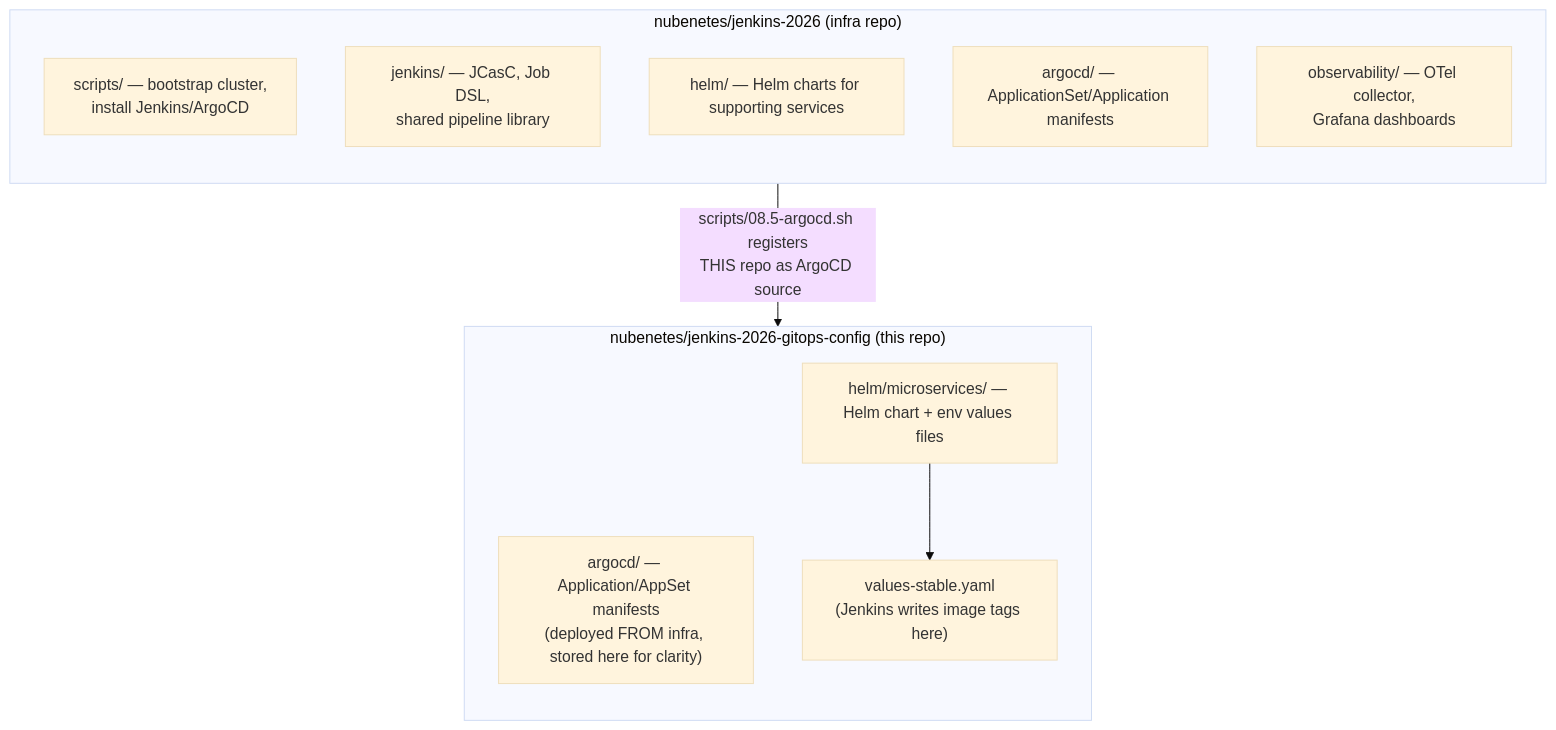
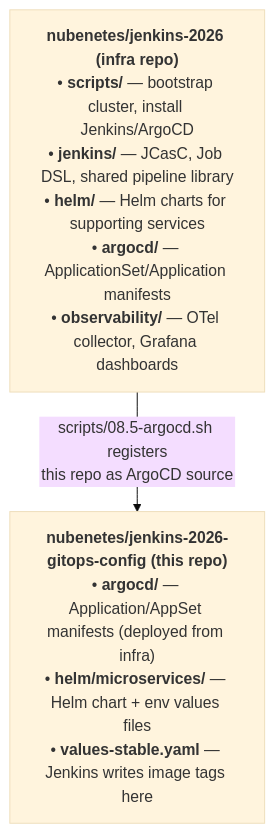
Before and after one commit to nubenetes/jenkins-2026-gitops-config: the first of 2 diagrams in README.md, drawn with Mermaid (base theme).

Commit message:
docs: simplify flowchart using HTML lists to avoid subgraph cutoff

````diff
--- a/README.md
+++ b/README.md
@@ -11,21 +11,8 @@
 ```mermaid
 flowchart TD
-    subgraph infra["nubenetes/jenkins-2026 (infra repo)"]
-        direction TB
-        i1["scripts/ — bootstrap cluster,<br/>install Jenkins/ArgoCD"]
-        i2["jenkins/ — JCasC, Job DSL,<br/>shared pipeline library"]
-        i3["helm/ — Helm charts for supporting services"]
-        i4["argocd/ — ApplicationSet/Application manifests"]
-        i5["observability/ — OTel collector,<br/>Grafana dashboards"]
-    end
+    infra["<b>nubenetes/jenkins-2026 (infra repo)</b><br/>• <b>scripts/</b> — bootstrap cluster, install Jenkins/ArgoCD<br/>• <b>jenkins/</b> — JCasC, Job DSL, shared pipeline library<br/>• <b>helm/</b> — Helm charts for supporting services<br/>• <b>argocd/</b> — ApplicationSet/Application manifests<br/>• <b>observability/</b> — OTel collector, Grafana dashboards"]
 
-    subgraph gitops["nubenetes/jenkins-2026-gitops-config (this repo)"]
-        direction TB
-        g1["argocd/ — Application/AppSet manifests<br/>(deployed FROM infra, stored here for clarity)"]
-        g2["helm/microservices/ — Helm chart + env values files"]
-        g3["values-stable.yaml<br/>(Jenkins writes image tags here)"]
-        g2 --> g3
-    end
+    gitops["<b>nubenetes/jenkins-2026-gitops-config (this repo)</b><br/>• <b>argocd/</b> — Application/AppSet manifests (deployed from infra)<br/>• <b>helm/microservices/</b> — Helm chart + env values files<br/>• <b>values-stable.yaml</b> — Jenkins writes image tags here"]
 
-    infra -->|scripts/08.5-argocd.sh registers<br/>THIS repo as ArgoCD source| gitops
+    infra -->|scripts/08.5-argocd.sh registers<br/>this repo as ArgoCD source| gitops
 ```
````
